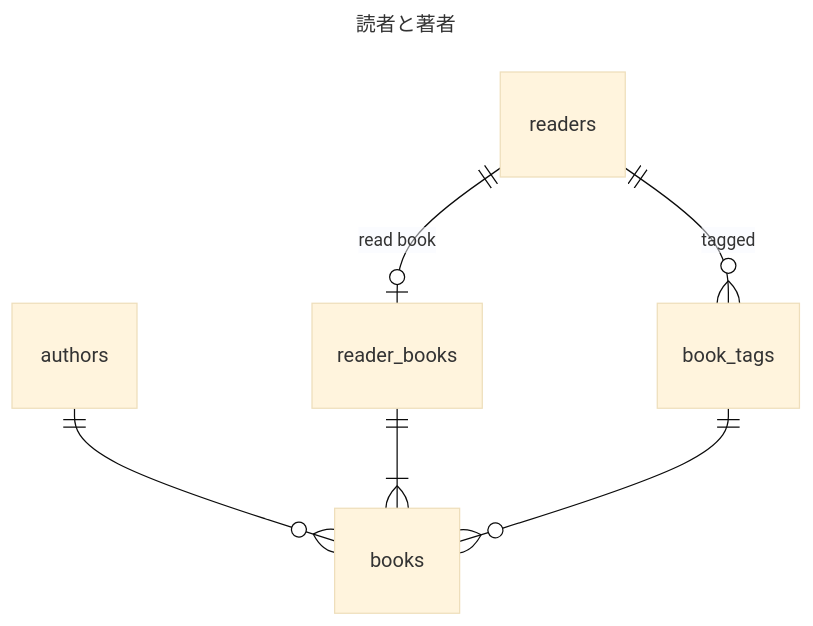
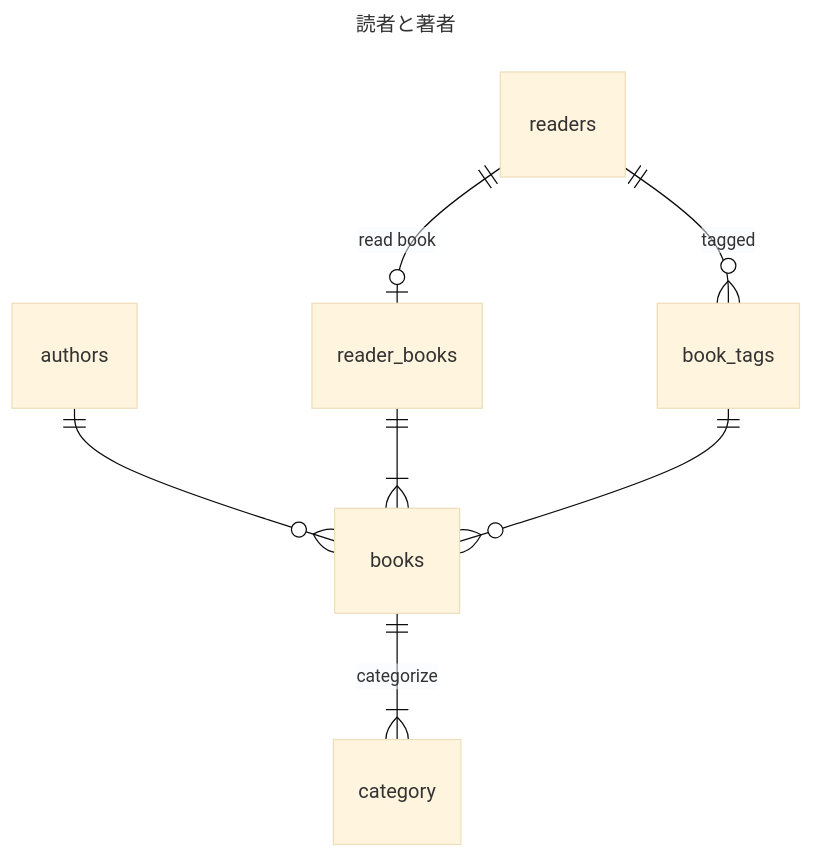
The diagram in README.md (hachi-eiji/sandbox-rails), drawn with Mermaid (base theme) before and after one commit.

Commit message:
docs: add category

````diff
--- a/README.md
+++ b/README.md
@@ -8,12 +8,12 @@
 ```mermaid
 ---
 title: 読者と著者
 ---
 erDiagram
     authors ||--o{ books: ""
     readers ||--o| reader_books: "read book"
     reader_books ||--|{ books: ""
     readers ||--o{ book_tags: "tagged"
     book_tags ||--o{ books: ""
-    
+    books ||--|{ category: "categorize"
 ```
````
